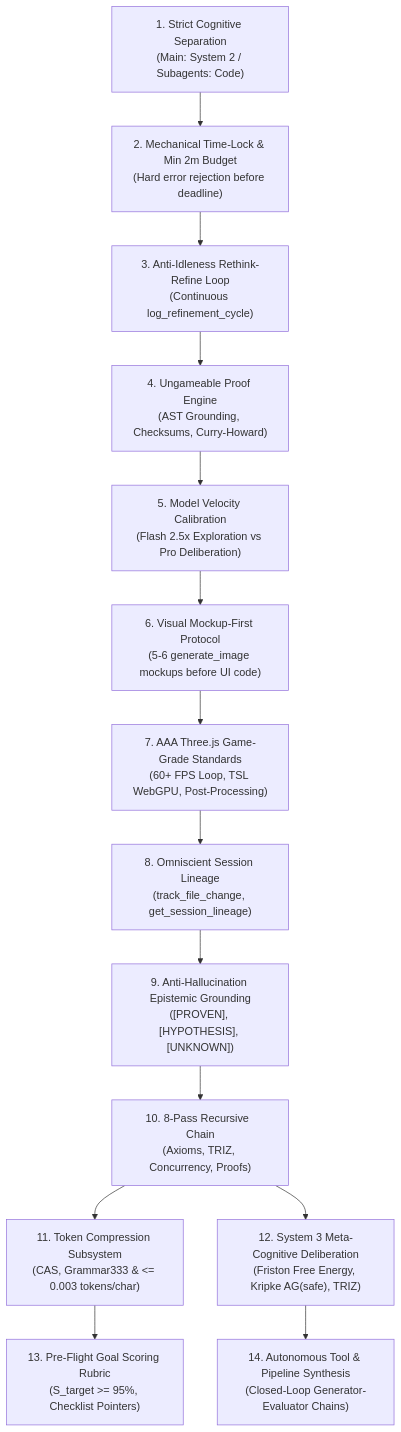
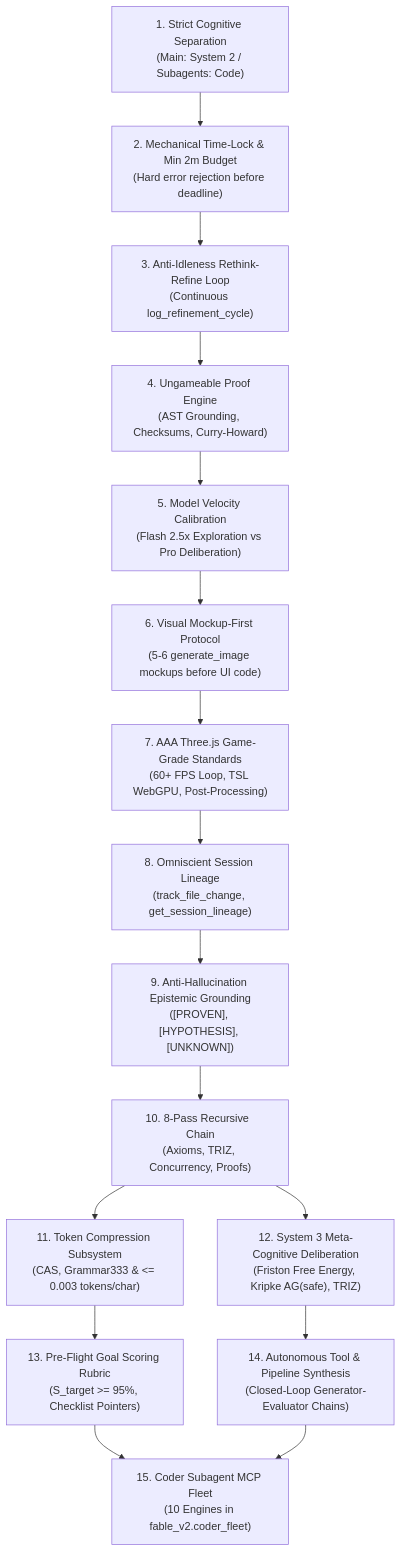
One commit to REX-codebase/fable-mode changed the diagram in skills/fable-mode/SKILL.md. Above: the diagram before and after it, drawn with Mermaid. The commit also changed other lines of this file and 5 other files, not shown here.

Commit message:
docs(rules): Mandate 10-Tool Coder Fleet Injection in Subagent Contracts and Scaffolds

````diff
--- a/skills/fable-mode/SKILL.md
+++ b/skills/fable-mode/SKILL.md
@@ -95,16 +109,18 @@
 ```mermaid
 graph TD
     P1["1. Strict Cognitive Separation<br/>(Main: System 2 / Subagents: Code)"] --> P2["2. Mechanical Time-Lock & Min 2m Budget<br/>(Hard error rejection before deadline)"]
     P2 --> P3["3. Anti-Idleness Rethink-Refine Loop<br/>(Continuous log_refinement_cycle)"]
     P3 --> P4["4. Ungameable Proof Engine<br/>(AST Grounding, Checksums, Curry-Howard)"]
     P4 --> P5["5. Model Velocity Calibration<br/>(Flash 2.5x Exploration vs Pro Deliberation)"]
     P5 --> P6["6. Visual Mockup-First Protocol<br/>(5-6 generate_image mockups before UI code)"]
     P6 --> P7["7. AAA Three.js Game-Grade Standards<br/>(60+ FPS Loop, TSL WebGPU, Post-Processing)"]
     P7 --> P8["8. Omniscient Session Lineage<br/>(track_file_change, get_session_lineage)"]
     P8 --> P9["9. Anti-Hallucination Epistemic Grounding<br/>([PROVEN], [HYPOTHESIS], [UNKNOWN])"]
     P9 --> P10["10. 8-Pass Recursive <thinking> Chain<br/>(Axioms, TRIZ, Concurrency, Proofs)"]
     P10 --> P11["11. Token Compression Subsystem<br/>(CAS, Grammar333 & <= 0.003 tokens/char)"]
     P10 --> P12["12. System 3 Meta-Cognitive Deliberation<br/>(Friston Free Energy, Kripke AG(safe), TRIZ)"]
     P11 --> P13["13. Pre-Flight Goal Scoring Rubric<br/>(S_target >= 95%, Checklist Pointers)"]
     P12 --> P14["14. Autonomous Tool & Pipeline Synthesis<br/>(Closed-Loop Generator-Evaluator Chains)"]
+    P13 --> P15["15. Coder Subagent MCP Fleet<br/>(10 Engines in fable_v2.coder_fleet)"]
+    P14 --> P15
 ```
````
